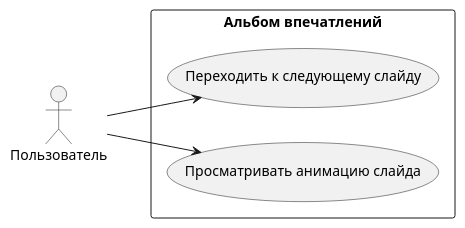
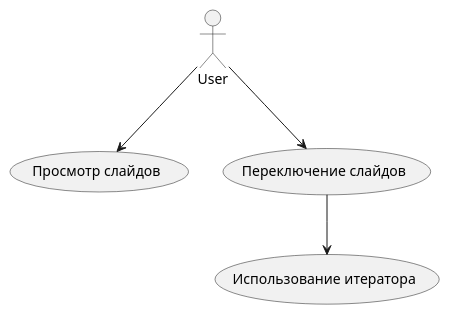
Before and after one commit to Titan0zxc/AlbumImpressions-2.0: the diagram in src/uml/use_case.puml, drawn with PlantUML. The commit also changed 10 other files, not shown here.

```diff
--- a/src/uml/use_case.puml
+++ b/src/uml/use_case.puml
@@ -1,9 +1,6 @@
 @startuml
-left to right direction
-actor Пользователь
-
-rectangle "Альбом впечатлений" {
-  Пользователь --> (Переходить к следующему слайду)
-  Пользователь --> (Просматривать анимацию слайда)
-}
+actor User
+User --> (Просмотр слайдов)
+User --> (Переключение слайдов)
+(Переключение слайдов) --> (Использование итератора)
 @enduml
```
